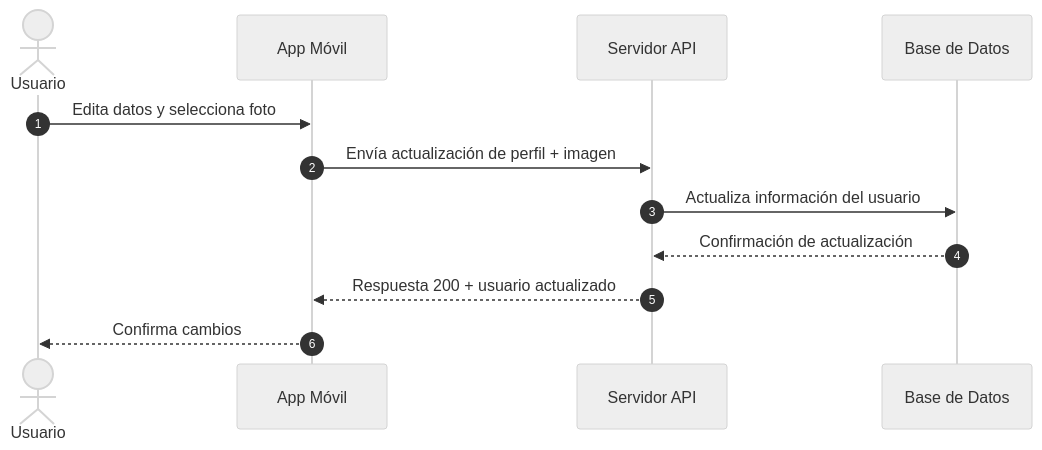
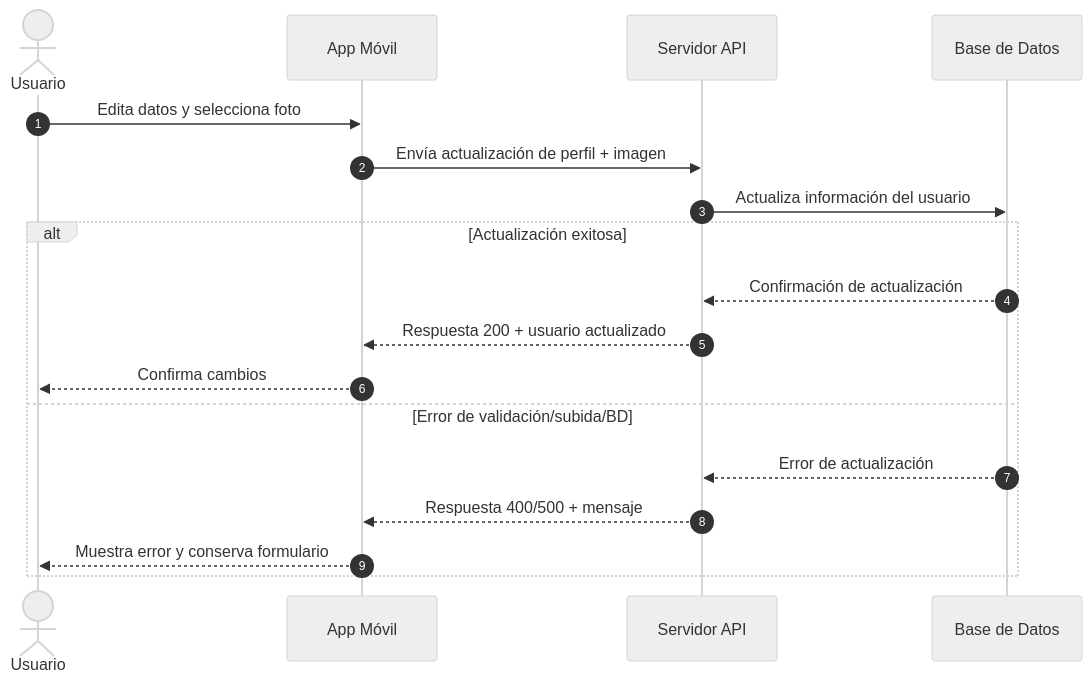
The second of 12 diagrams in docs/SEQUENCE_DIAGRAMS.md (asobrados03/HumanPerformApp), drawn with Mermaid (neutral theme) before and after one commit. The commit also changed other lines of this file, not shown here.

Commit message:
docs: agrega unhappy paths en diagramas de secuencia

````diff
--- a/docs/SEQUENCE_DIAGRAMS.md
+++ b/docs/SEQUENCE_DIAGRAMS.md
@@ -27,15 +33,21 @@
 ```mermaid
 sequenceDiagram
     autonumber
     actor U as Usuario
     participant APP as App Móvil
     participant API as Servidor API
     participant DB as Base de Datos
 
     U->>APP: Edita datos y selecciona foto
     APP->>API: Envía actualización de perfil + imagen
     API->>DB: Actualiza información del usuario
-    DB-->>API: Confirmación de actualización
-    API-->>APP: Respuesta 200 + usuario actualizado
-    APP-->>U: Confirma cambios
+    alt Actualización exitosa
+        DB-->>API: Confirmación de actualización
+        API-->>APP: Respuesta 200 + usuario actualizado
+        APP-->>U: Confirma cambios
+    else Error de validación/subida/BD
+        DB-->>API: Error de actualización
+        API-->>APP: Respuesta 400/500 + mensaje
+        APP-->>U: Muestra error y conserva formulario
+    end
 ```
````
